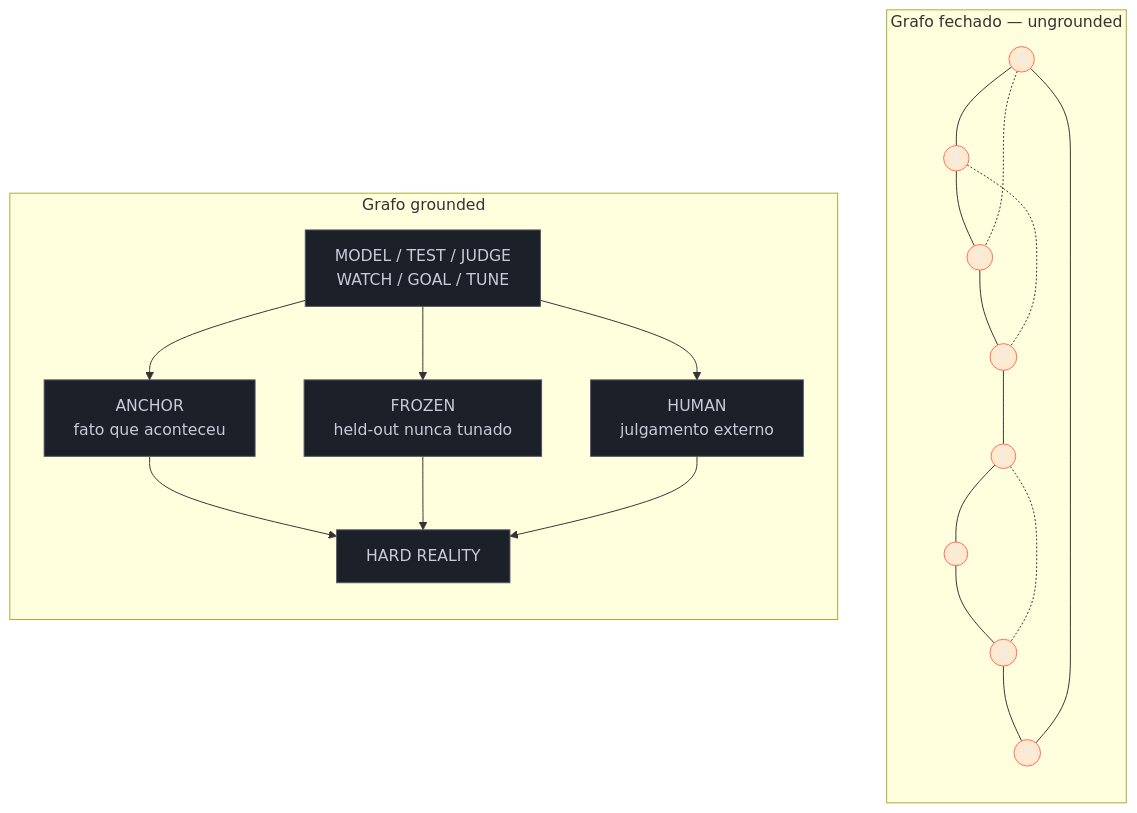
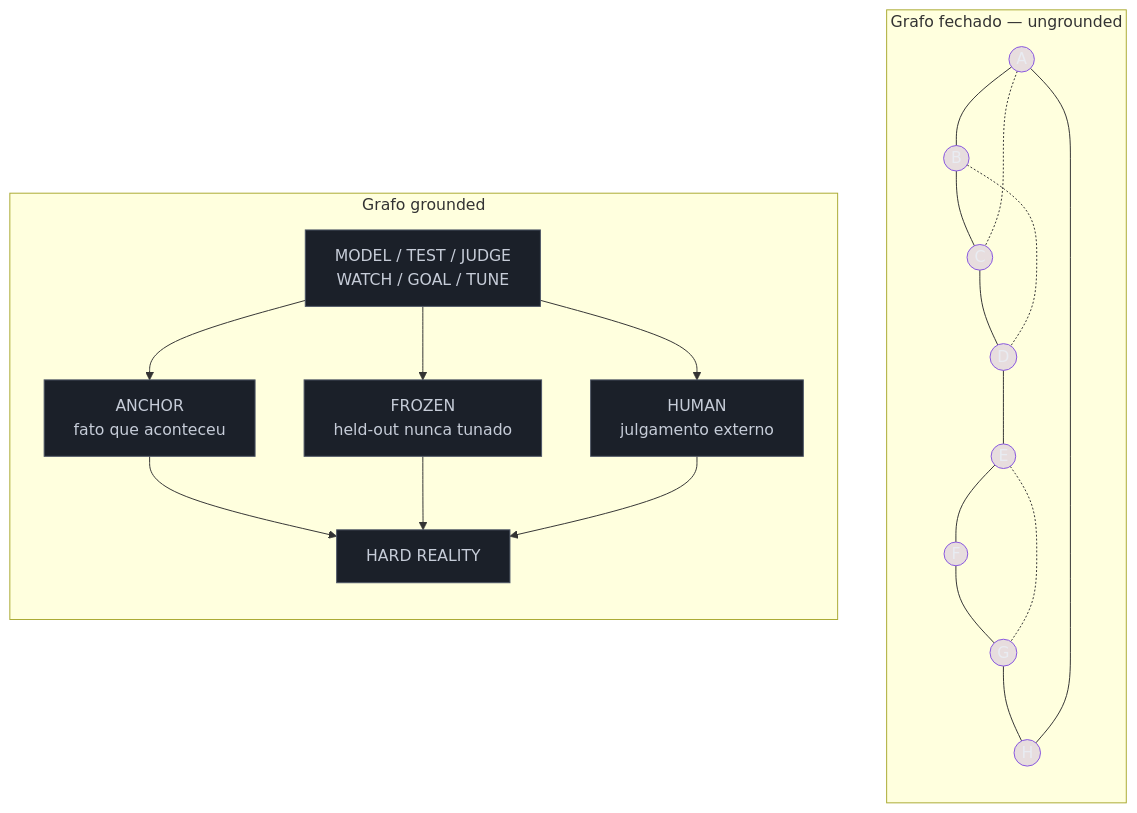
One commit to josenaldo/codex-technomanticus changed the diagram in 03-Dominios/Tecnologia/IA/Evolução da Engenharia de IA/07 - Grounded vs ungrounded — tocar a realidade.md. Above: the diagram before and after it, drawn with Mermaid. The commit also changed 601 other files, not shown here.

````diff
--- a/03-Dominios/Tecnologia/IA/Evolução da Engenharia de IA/07 - Grounded vs ungrounded — tocar a realidade.md
+++ b/03-Dominios/Tecnologia/IA/Evolução da Engenharia de IA/07 - Grounded vs ungrounded — tocar a realidade.md
@@ -114,45 +114,45 @@
 ```mermaid
 flowchart TB
-    classDef falha fill:#FF6B6B24,stroke:#FF6B6B,color:#E9ECF2
+    classDef marca fill:#8855DF33,stroke:#8855DF,color:#E9ECF2
     classDef neutro fill:#1B2029,stroke:#4E5666,color:#C6CCD8
     subgraph G1["Grafo fechado — ungrounded"]
         direction TB
         A1((A)) --- B1((B))
         B1 --- C1((C))
         C1 --- D1((D))
         D1 --- E1((E))
         E1 --- F1((F))
         F1 --- G1n((G))
         G1n --- H1((H))
         H1 --- A1
         A1 -.- C1
         B1 -.- D1
         E1 -.- G1n
     end
 
     subgraph G2["Grafo grounded"]
         direction TB
         M["MODEL / TEST / JUDGE<br/>WATCH / GOAL / TUNE"]
         M --> ANC["ANCHOR<br/>fato que aconteceu"]
         M --> FRZ["FROZEN<br/>held-out nunca tunado"]
         M --> HUM["HUMAN<br/>julgamento externo"]
         ANC --> R["HARD REALITY"]
         FRZ --> R
         HUM --> R
     end
 
-    class G1n falha
-    class A1 falha
-    class B1 falha
-    class C1 falha
-    class D1 falha
-    class E1 falha
-    class F1 falha
-    class H1 falha
+    class G1n marca
+    class A1 marca
+    class B1 marca
+    class C1 marca
+    class D1 marca
+    class E1 marca
+    class F1 marca
+    class H1 marca
 
     class M neutro
     class ANC neutro
     class FRZ neutro
     class HUM neutro
     class R neutro
 ```
````
